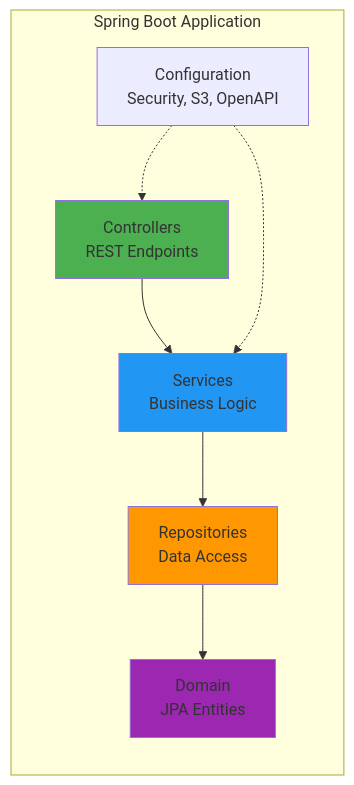
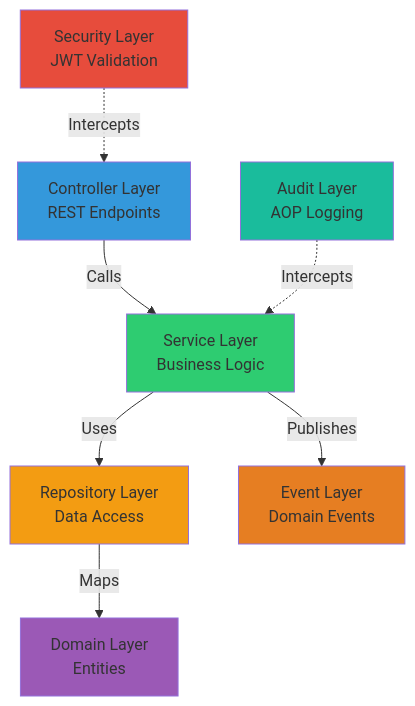
One commit to SibusisoMashita/omnisolve-api changed the second of 3 diagrams in docs/architecture.md. Above: the diagram before and after it, drawn with Mermaid. The commit also changed other lines of this file and 82 other files, not shown here.

Commit message:
feat: add incident management domain models and repositories

````diff
--- a/docs/architecture.md
+++ b/docs/architecture.md
@@ -57,21 +56,27 @@
 ```mermaid
-graph LR
-    subgraph "Spring Boot Application"
-        Controller[Controllers<br/>REST Endpoints]
-        Service[Services<br/>Business Logic]
-        Repository[Repositories<br/>Data Access]
-        Domain[Domain<br/>JPA Entities]
-        Config[Configuration<br/>Security, S3, OpenAPI]
-    end
+graph TD
+    Controller[Controller Layer<br/>REST Endpoints]
+    Service[Service Layer<br/>Business Logic]
+    Repository[Repository Layer<br/>Data Access]
+    Domain[Domain Layer<br/>Entities]
     
-    Controller --> Service
-    Service --> Repository
-    Repository --> Domain
-    Config -.-> Controller
-    Config -.-> Service
+    Controller -->|Calls| Service
+    Service -->|Uses| Repository
+    Repository -->|Maps| Domain
     
-    style Controller fill:#4CAF50
-    style Service fill:#2196F3
-    style Repository fill:#FF9800
-    style Domain fill:#9C27B0
+    Security[Security Layer<br/>JWT Validation]
+    Audit[Audit Layer<br/>AOP Logging]
+    Events[Event Layer<br/>Domain Events]
+    
+    Security -.->|Intercepts| Controller
+    Audit -.->|Intercepts| Service
+    Service -->|Publishes| Events
+    
+    style Controller fill:#3498DB
+    style Service fill:#2ECC71
+    style Repository fill:#F39C12
+    style Domain fill:#9B59B6
+    style Security fill:#E74C3C
+    style Audit fill:#1ABC9C
+    style Events fill:#E67E22
 ```
````
